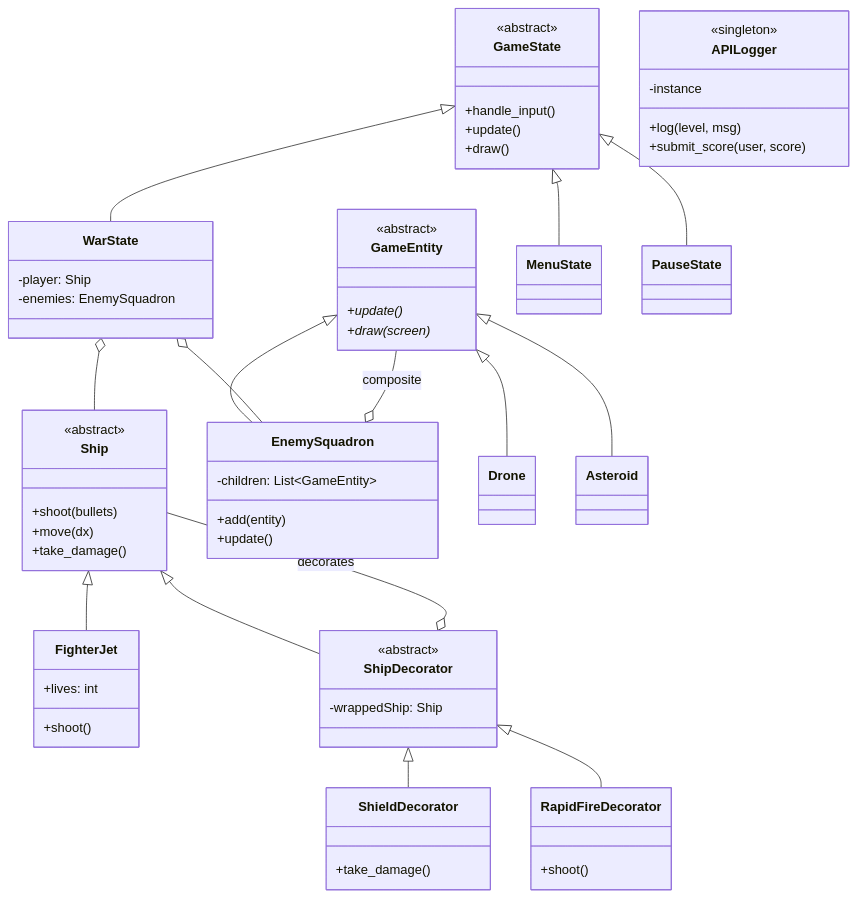
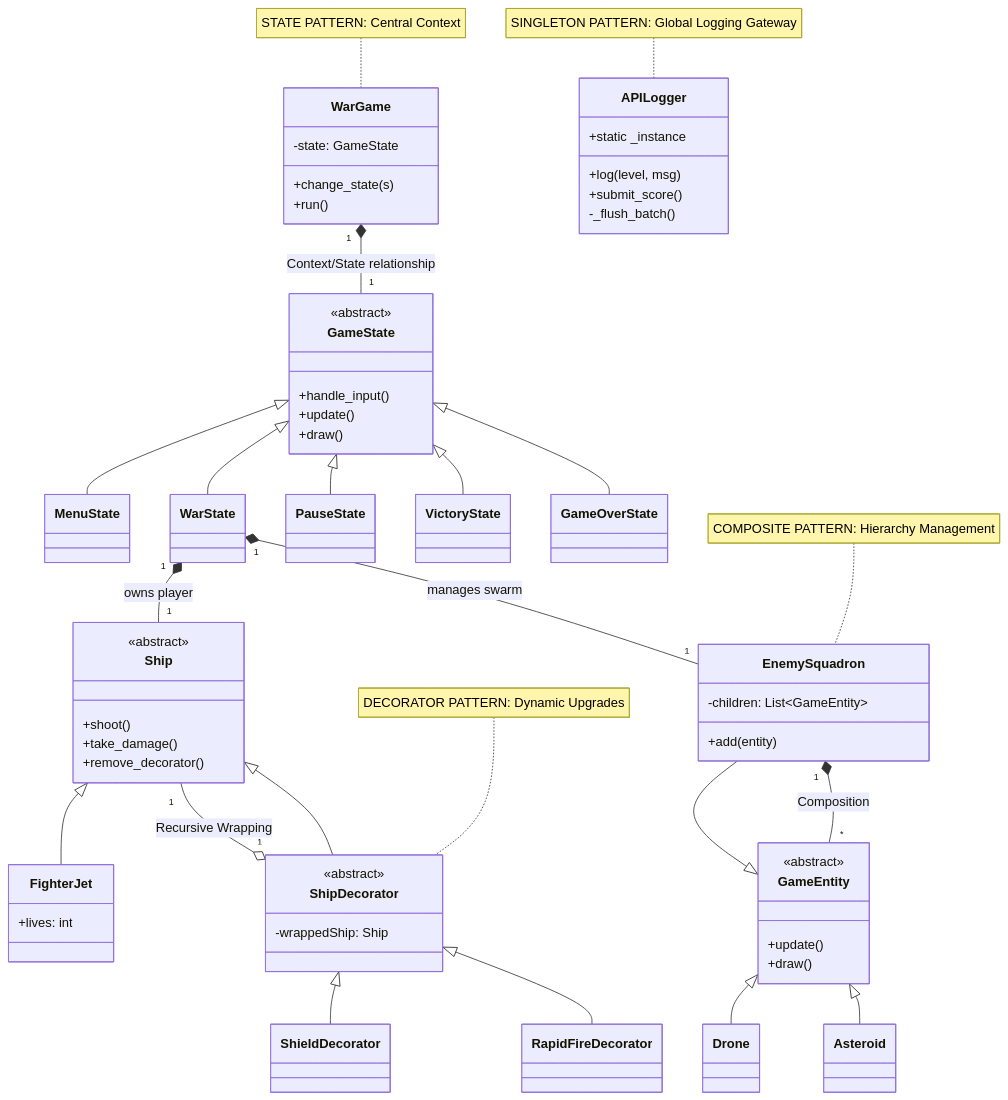
One commit to CHYou2Sef/DesignPatterns changed the second of 2 diagrams in DEFENDER-107/FINAL_REPORT.md. Above: the diagram before and after it, drawn with Mermaid. The commit also changed other lines of this file and 38 other files, not shown here.

````diff
--- a/DEFENDER-107/FINAL_REPORT.md
+++ b/DEFENDER-107/FINAL_REPORT.md
@@ -36,75 +43,70 @@
 ```mermaid
 classDiagram
-    class GameEntity {
-        <<abstract>>
-        +update()*
-        +draw(screen)*
+    %% --- STATE PATTERN ---
+    class WarGame {
+        -state: GameState
+        +change_state(s)
+        +run()
     }
-
-    class Ship {
-        <<abstract>>
-        +shoot(bullets)
-        +move(dx)
-        +take_damage()
-    }
-
-    class FighterJet {
-        +lives: int
-        +shoot()
-    }
-
-    class ShipDecorator {
-        <<abstract>>
-        -wrappedShip: Ship
-    }
-
-    class ShieldDecorator {
-        +take_damage()
-    }
-
-    class RapidFireDecorator {
-        +shoot()
-    }
-
-    class EnemySquadron {
-        -children: List~GameEntity~
-        +add(entity)
-        +update()
-    }
-
     class GameState {
         <<abstract>>
         +handle_input()
         +update()
         +draw()
     }
+    WarGame "1" *-- "1" GameState : Context/State relationship
+    GameState <|-- MenuState
+    GameState <|-- WarState
+    GameState <|-- PauseState
+    GameState <|-- VictoryState
+    GameState <|-- GameOverState
+    note for WarGame "STATE PATTERN: Central Context"
 
-    class WarState {
-        -player: Ship
-        -enemies: EnemySquadron
+    %% --- DECORATOR PATTERN ---
+    class Ship {
+        <<abstract>>
+        +shoot()
+        +take_damage()
+        +remove_decorator()
     }
-
-    GameEntity <|-- Drone
-    GameEntity <|-- Asteroid
-    GameEntity <|-- EnemySquadron
-    EnemySquadron o-- GameEntity : composite
-
+    class FighterJet {
+        +lives: int
+    }
+    class ShipDecorator {
+        <<abstract>>
+        -wrappedShip: Ship
+    }
     Ship <|-- FighterJet
     Ship <|-- ShipDecorator
     ShipDecorator <|-- ShieldDecorator
     ShipDecorator <|-- RapidFireDecorator
-    ShipDecorator o-- Ship : decorates
+    ShipDecorator "1" o-- "1" Ship : Recursive Wrapping
+    WarState "1" *-- "1" Ship : owns player
+    note for ShipDecorator "DECORATOR PATTERN: Dynamic Upgrades"
 
-    GameState <|-- MenuState
-    GameState <|-- WarState
-    GameState <|-- PauseState
-    WarState o-- Ship
-    WarState o-- EnemySquadron
+    %% --- COMPOSITE PATTERN ---
+    class GameEntity {
+        <<abstract>>
+        +update()
+        +draw()
+    }
+    class EnemySquadron {
+        -children: List~GameEntity~
+        +add(entity)
+    }
+    GameEntity <|-- Drone
+    GameEntity <|-- Asteroid
+    GameEntity <|-- EnemySquadron
+    EnemySquadron "1" *-- "*" GameEntity : Composition
+    WarState "1" *-- "1" EnemySquadron : manages swarm
+    note for EnemySquadron "COMPOSITE PATTERN: Hierarchy Management"
 
+    %% --- SINGLETON PATTERN ---
     class APILogger {
-        <<singleton>>
-        -instance
+        +static _instance
         +log(level, msg)
-        +submit_score(user, score)
+        +submit_score()
+        -_flush_batch()
     }
+    note for APILogger "SINGLETON PATTERN: Global Logging Gateway"
 ```
````
